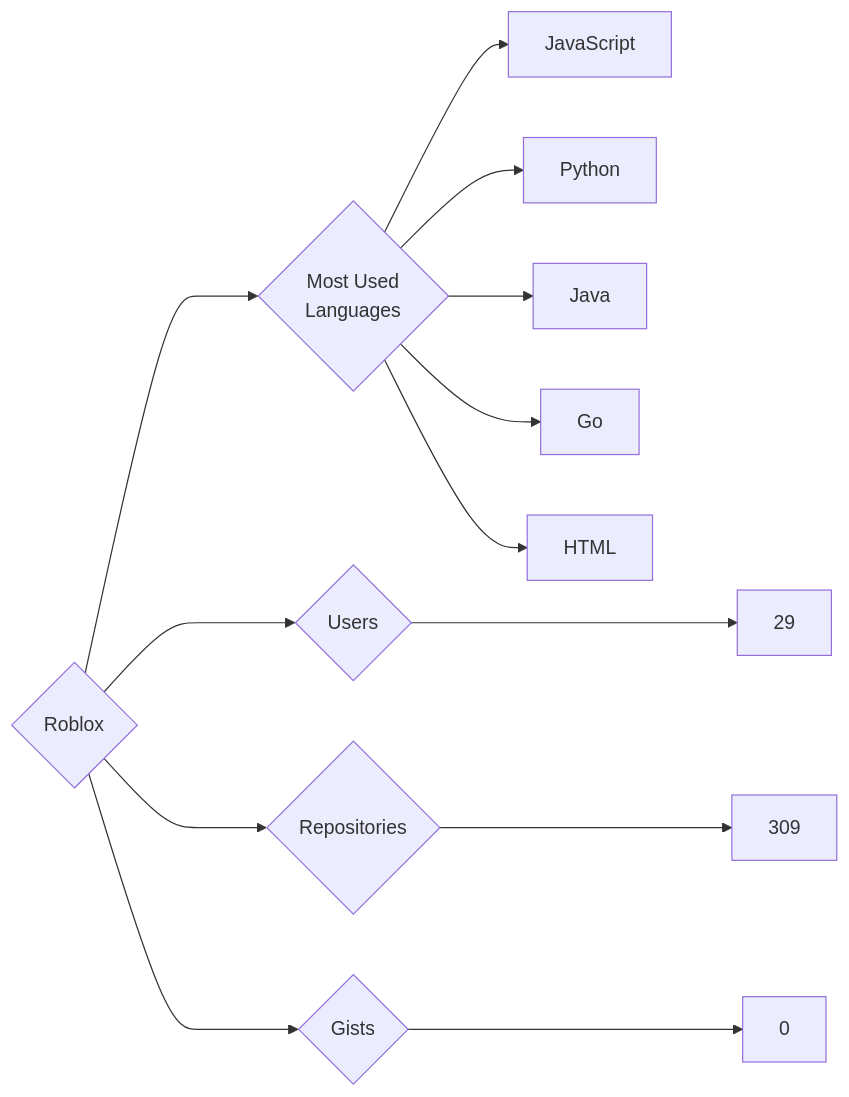
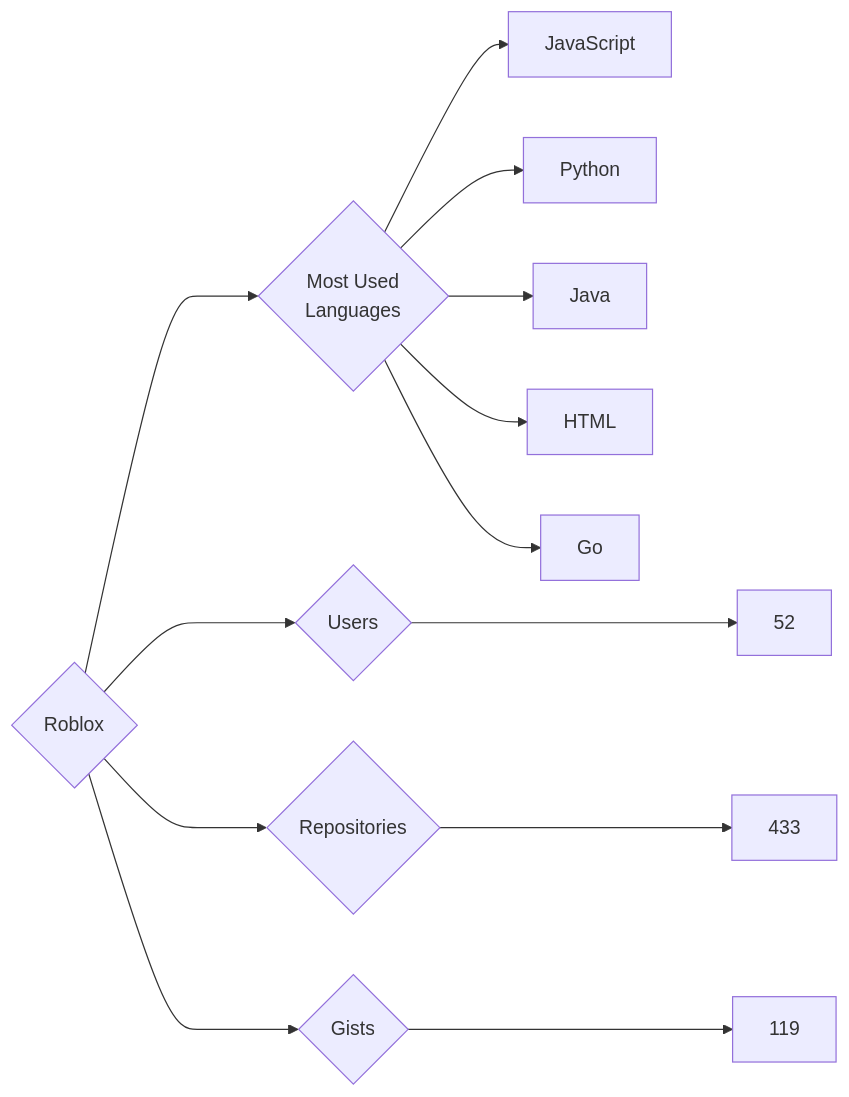
The diagram in targets/Roblox/README.md (trickest/insiders), drawn with Mermaid before and after one commit. The commit also changed 997 other files, not shown here.

````diff
--- a/targets/Roblox/README.md
+++ b/targets/Roblox/README.md
@@ -3,13 +3,13 @@
 ```mermaid
 graph LR
 COMPANY_NAME{Roblox}
-COMPANY_NAME ---> U{Users} ---> UN[29]
-COMPANY_NAME ---> R{Repositories} ---> RN[309]
-COMPANY_NAME ---> G{Gists} ---> GN[0]
+COMPANY_NAME ---> U{Users} ---> UN[52]
+COMPANY_NAME ---> R{Repositories} ---> RN[433]
+COMPANY_NAME ---> G{Gists} ---> GN[119]
 COMPANY_NAME ---> ML{Most Used<br>Languages}
-ML --> JavaScript
-ML --> Python
-ML --> Java
-ML --> Go
-ML --> HTML
+ML --> JavaScript[JavaScript]
+ML --> Python[Python]
+ML --> Java[Java]
+ML --> HTML[HTML]
+ML --> Go[Go]
 ```
````
